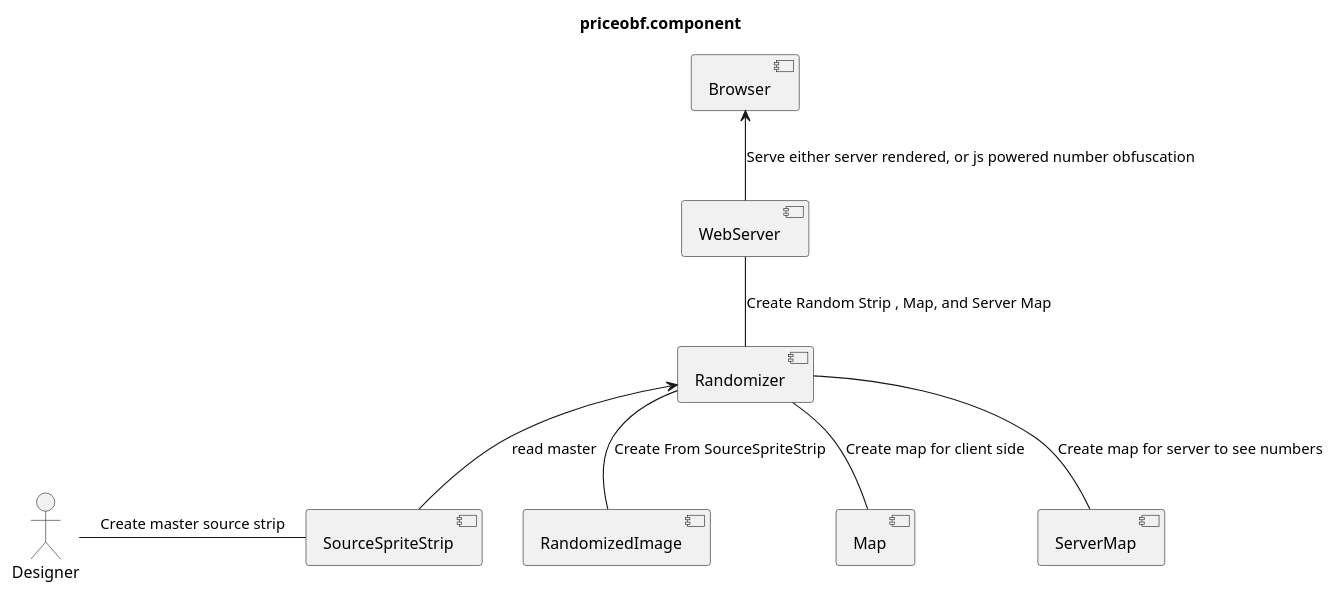
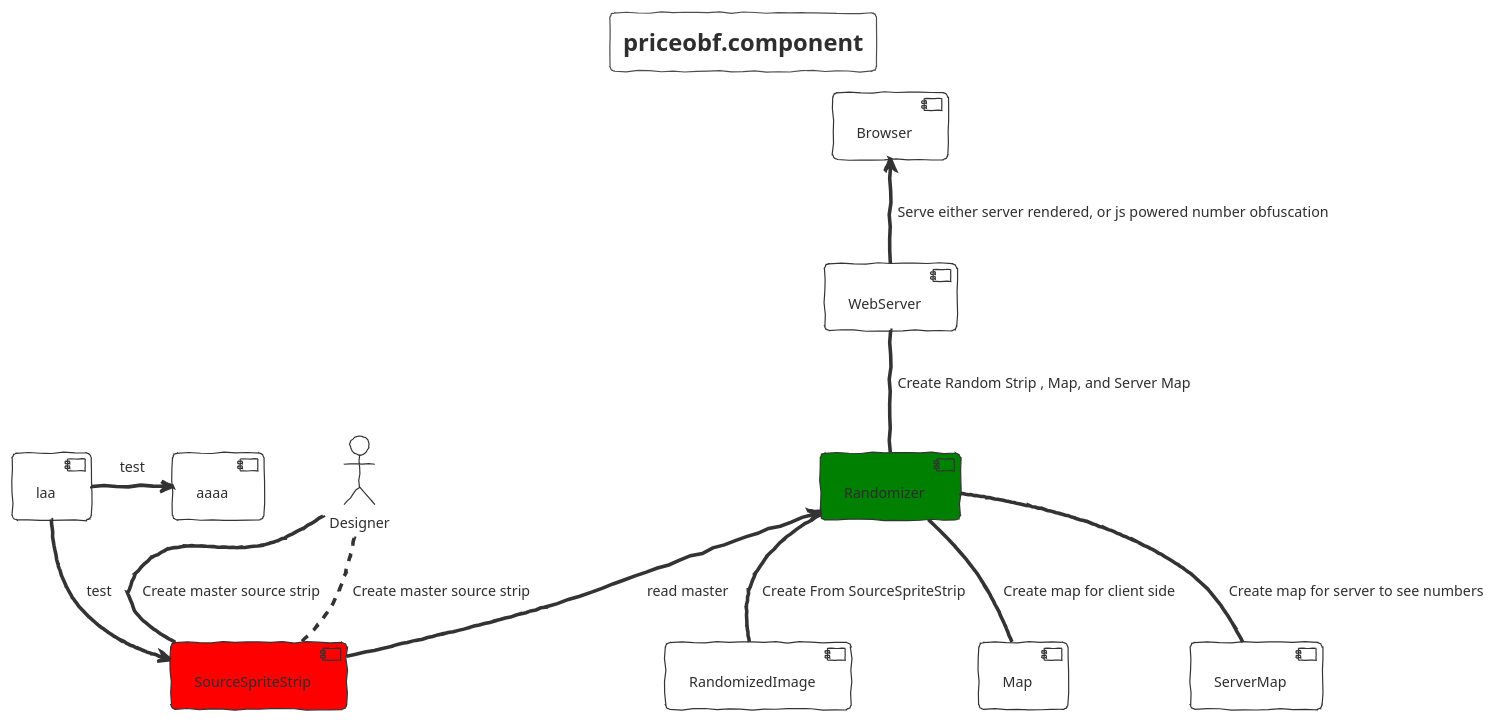
One commit to AnQueth/PlantUMLEditor changed the diagram in testdocs/priceobf.component.puml. Above: the diagram before and after it, drawn with PlantUML. The commit also changed 7 other files, not shown here.

```diff
--- a/testdocs/priceobf.component.puml
+++ b/testdocs/priceobf.component.puml
@@ -1,20 +1,25 @@
 @startuml
+
 title priceobf.component
+!theme sketchy-outline
 
-component SourceSpriteStrip
-component Randomizer
+component SourceSpriteStrip #red
+component Randomizer #green
 component RandomizedImage
 component Map
 component ServerMap
 component WebServer   
 component Browser
 actor Designer
 
+[laa] -> [aaaa] : test
+[laa] --> SourceSpriteStrip : test
 Designer - SourceSpriteStrip : Create master source strip
+Designer .. SourceSpriteStrip : Create master source strip
 Randomizer <-- SourceSpriteStrip : read master
 WebServer -- Randomizer : Create Random Strip , Map, and Server Map
 Randomizer -- RandomizedImage : Create From SourceSpriteStrip
 Randomizer -- Map : Create map for client side
 Randomizer -- ServerMap : Create map for server to see numbers
 Browser <-- WebServer : Serve either server rendered, or js powered number obfuscation
 @enduml
```
